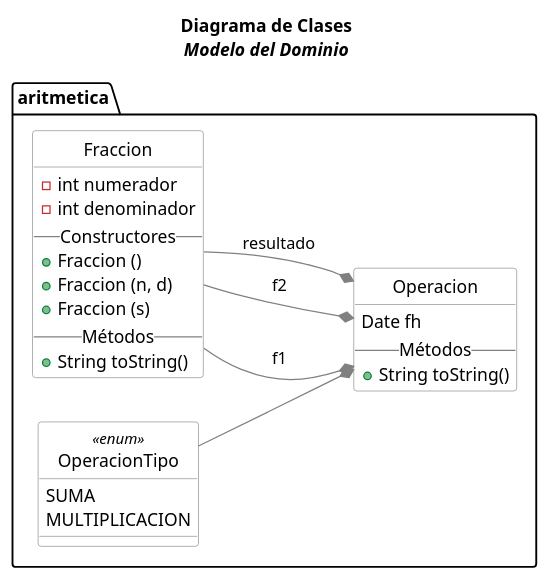
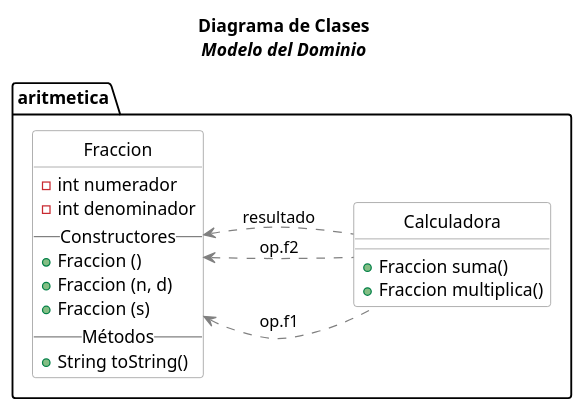
The third of 7 diagrams in ejemplos/fraccion_completo.md (srlopez/RUP), drawn with PlantUML before and after one commit. The commit also changed other lines of this file, not shown here.

````diff
--- a/ejemplos/fraccion_completo.md
+++ b/ejemplos/fraccion_completo.md
@@ -136,45 +175,37 @@
 ```plantuml
 @startuml
 title <b>Diagrama de Clases</b>\n<i>Modelo del Dominio</i>
 left to right direction
 'bottom to top direction
 skinparam class {
   skinparam monochrome true
   skinparam shadowing false
   BackgroundColor White
   BorderColor Gray
   ' FontName Consolas
   ArrowColor Gray
 }
 scale 1
 hide circle
 package aritmetica {
 
   class Fraccion {
     -int numerador
     -int denominador
   -- Constructores --
     + Fraccion ()
     + Fraccion (n, d)
     + Fraccion (s)
   -- Métodos --
     +String toString()
   }
-  class Operacion {
-  Date fh
-  -- Métodos --
-    +String toString()
-  }
-  class OperacionTipo<<enum>> {
-    SUMA
-    MULTIPLICACION
-  }
-
-  
+  class Calculadora {
+    +Fraccion suma()
+    +Fraccion multiplica()
+  } 
 }
-Fraccion --* Operacion: f1
-Fraccion --* Operacion: f2
-Fraccion --* Operacion: resultado
-OperacionTipo --* Operacion
+Fraccion <.. Calculadora: op.f1
+Fraccion <.. Calculadora: op.f2
+Fraccion <.. Calculadora: resultado
 @enduml
 ```
````
